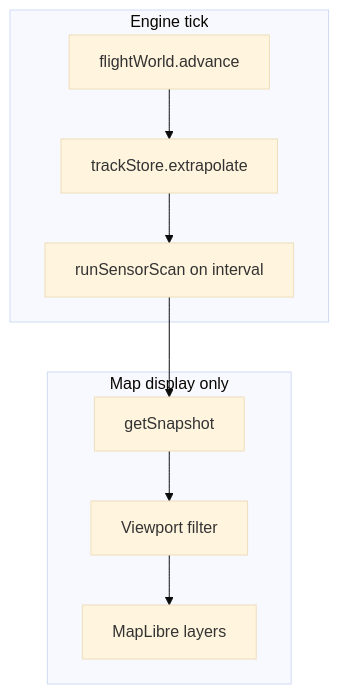
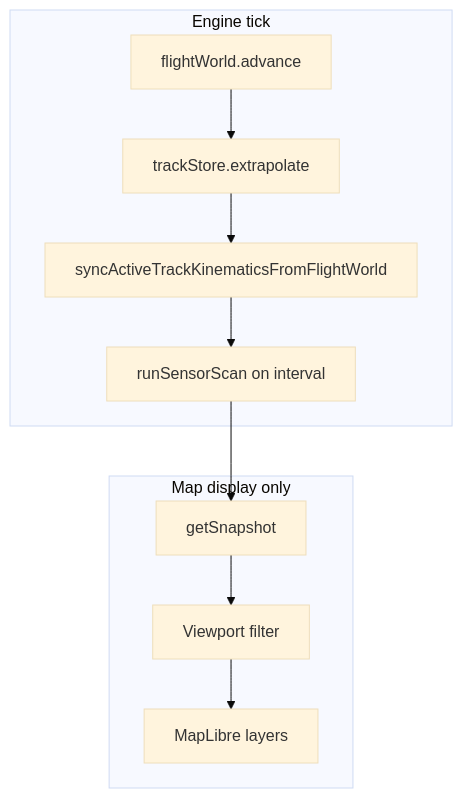
The diagram in README.md (danvanbueren/airspace-sim), drawn with Mermaid (base theme) before and after one commit. The commit also changed other lines of this file and 20 other files, not shown here.

````diff
--- a/README.md
+++ b/README.md
@@ -283,16 +284,17 @@
 ```mermaid
 flowchart TB
   subgraph tick [Engine tick]
     World[flightWorld.advance]
     Extrap[trackStore.extrapolate]
+    Kinematics[syncActiveTrackKinematicsFromFlightWorld]
     Scan[runSensorScan on interval]
-    World --> Extrap --> Scan
+    World --> Extrap --> Kinematics --> Scan
   end
   subgraph display [Map display only]
     Snap[getSnapshot]
     Cull[Viewport filter]
     Map[MapLibre layers]
     Snap --> Cull --> Map
   end
   Scan --> Snap
 ```
````
